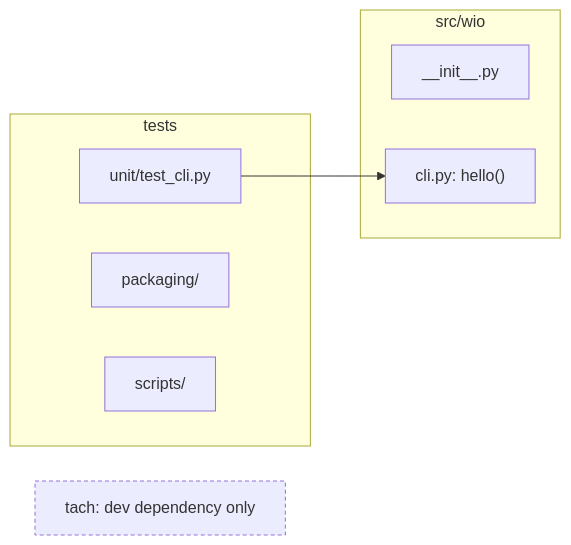
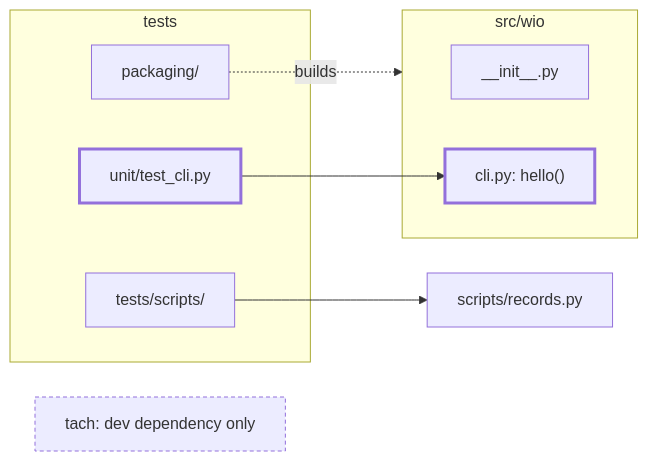
Before and after one commit to msitarz/wio: the first of 2 diagrams in .agents/wio/works/v0-1-foundation/README.md, drawn with Mermaid. The commit also changed other lines of this file and 3 other files, not shown here.

````diff
--- a/.agents/wio/works/v0-1-foundation/README.md
+++ b/.agents/wio/works/v0-1-foundation/README.md
@@ -105,15 +111,19 @@
 ```mermaid
 flowchart LR
     subgraph src_wio["src/wio"]
         init["__init__.py"]
-        cli["cli.py: hello()"]
+        cli["cli.py: hello()"]:::replaced
     end
     subgraph tests
-        unit["unit/test_cli.py"]
+        unit["unit/test_cli.py"]:::replaced
         pack["packaging/"]
-        scr["scripts/"]
+        tscr["tests/scripts/"]
     end
+    rec["scripts/records.py"]
     unit --> cli
+    pack -. "builds" .-> src_wio
+    tscr --> rec
     tach["tach: dev dependency only"]:::absent
     classDef absent stroke-dasharray: 4 3
+    classDef replaced stroke-width: 3px
 ```
````
